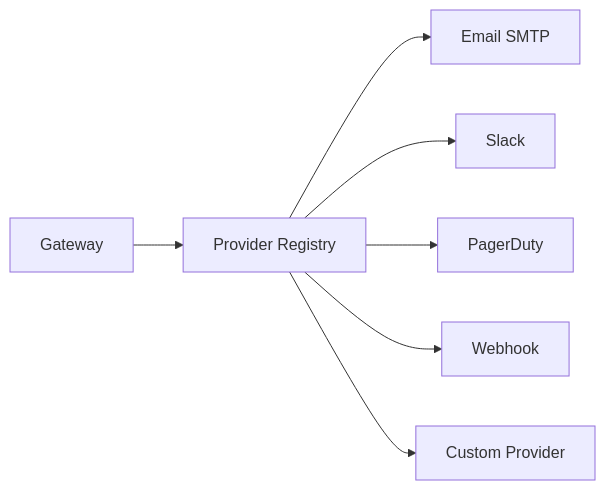
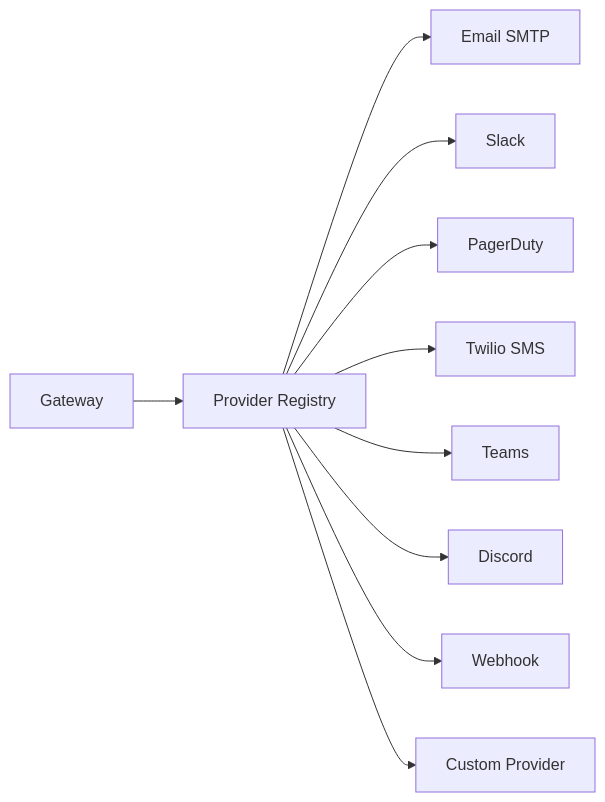
Before and after one commit to penserai/acteon: the diagram in docs/book/concepts/providers.md, drawn with Mermaid. The commit also changed other lines of this file and 40 other files, not shown here.

First line of the commit message:
feat: add native providers for Twilio, Teams, and Discord (#23)

````diff
--- a/docs/book/concepts/providers.md
+++ b/docs/book/concepts/providers.md
@@ -7,9 +7,12 @@
 ```mermaid
 flowchart LR
     G[Gateway] --> R[Provider Registry]
     R --> E[Email SMTP]
     R --> S[Slack]
     R --> P[PagerDuty]
+    R --> T[Twilio SMS]
+    R --> TM[Teams]
+    R --> DC[Discord]
     R --> W[Webhook]
     R --> C[Custom Provider]
 ```
````
